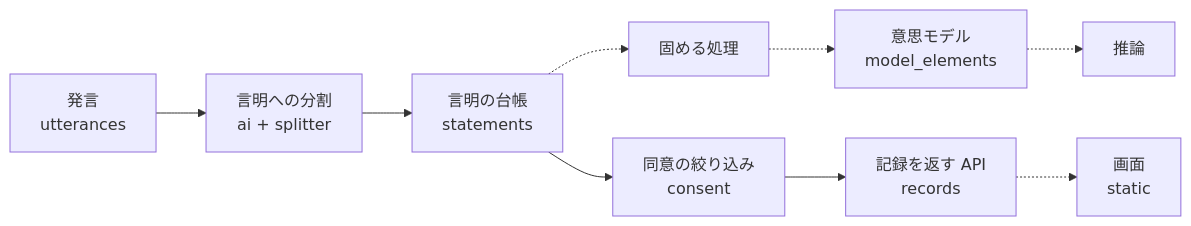
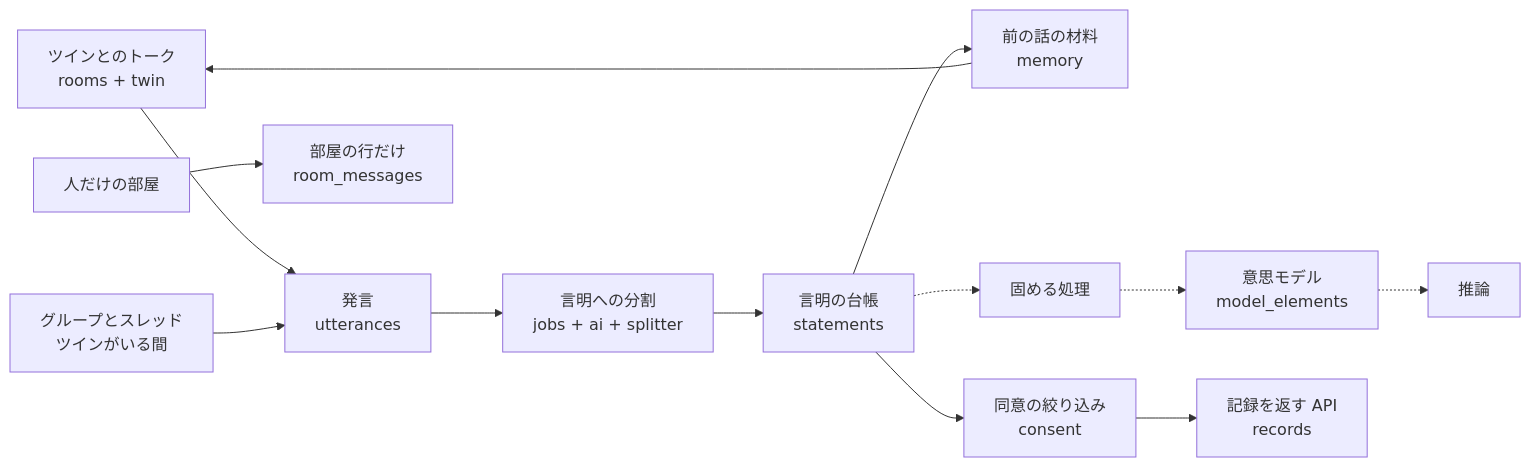
The diagram in docs/architecture.md (tnakashimayam-max/narrative-twin), drawn with Mermaid before and after one commit. The commit also changed other lines of this file and 34 other files, not shown here.

````diff
--- a/docs/architecture.md
+++ b/docs/architecture.md
@@ -7,11 +7,15 @@
 ```mermaid
 flowchart LR
-    U[発言<br>utterances] --> SP[言明への分割<br>ai + splitter]
+    T[ツインとのトーク<br>rooms + twin] --> U[発言<br>utterances]
+    G[グループとスレッド<br>ツインがいる間] --> U
+    H[人だけの部屋] --> RM[部屋の行だけ<br>room_messages]
+    U --> SP[言明への分割<br>jobs + ai + splitter]
     SP --> S[言明の台帳<br>statements]
+    S --> ME[前の話の材料<br>memory]
+    ME --> T
     S -.-> C[固める処理]
     C -.-> M[意思モデル<br>model_elements]
     M -.-> I[推論]
     S --> V[同意の絞り込み<br>consent]
     V --> A[記録を返す API<br>records]
-    A -.-> B[画面<br>static]
 ```
````
